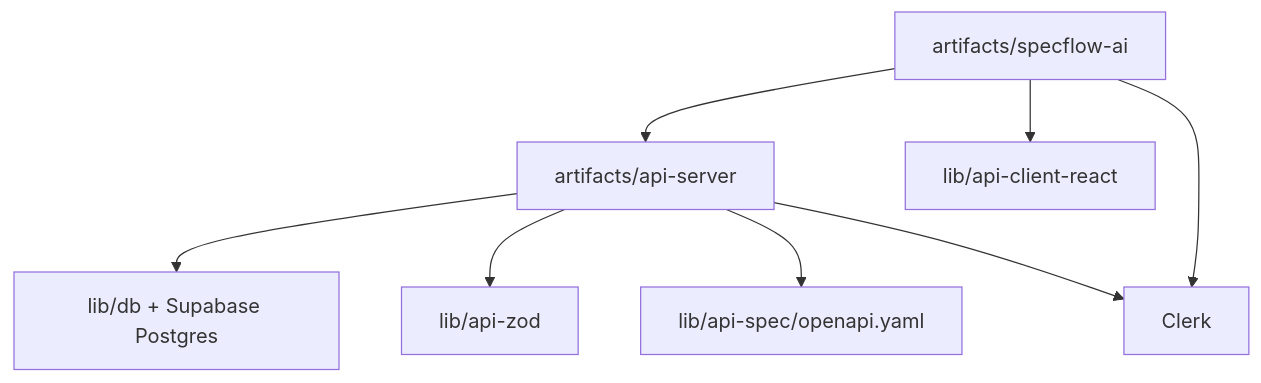
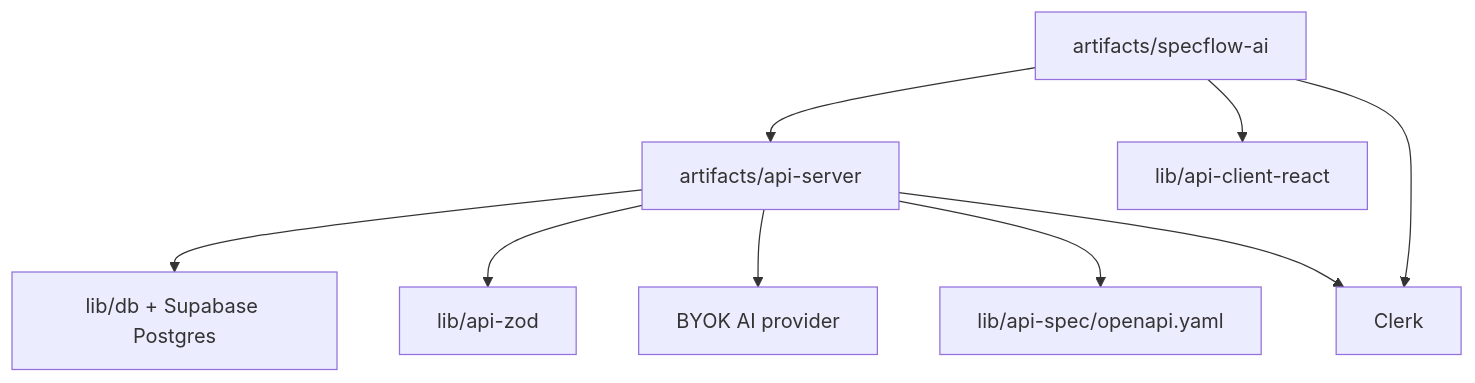
Before and after one commit to Hany-R-Mahmoud/spec-flow: the diagram in docs/architecture.md, drawn with Mermaid. The commit also changed other lines of this file and 41 other files, not shown here.

First line of the commit message:
feat(ai): implement BYOK provider management and capability gating

````diff
--- a/docs/architecture.md
+++ b/docs/architecture.md
@@ -44,10 +49,11 @@
 ```mermaid
 flowchart TB
   UI["artifacts/specflow-ai"] --> API["artifacts/api-server"]
   API --> DB["lib/db + Supabase Postgres"]
   API --> ZOD["lib/api-zod"]
+  API --> AI["BYOK AI provider"]
   UI --> CLIENT["lib/api-client-react"]
   API --> SPEC["lib/api-spec/openapi.yaml"]
   UI --> CLERK["Clerk"]
   API --> CLERK
 ```
````
